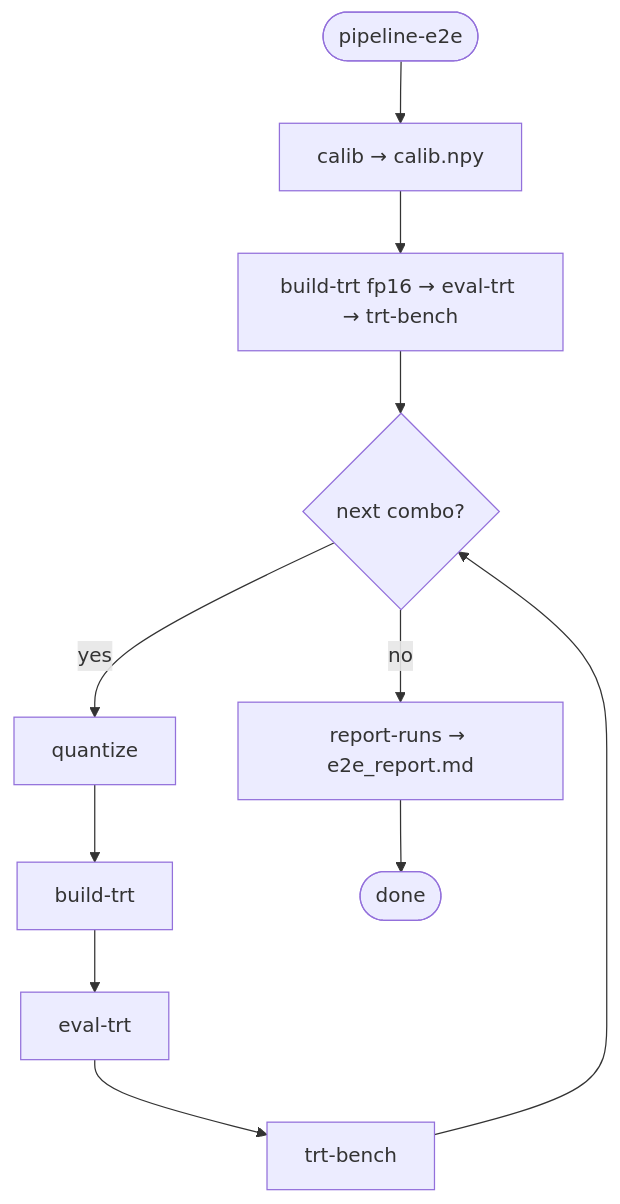
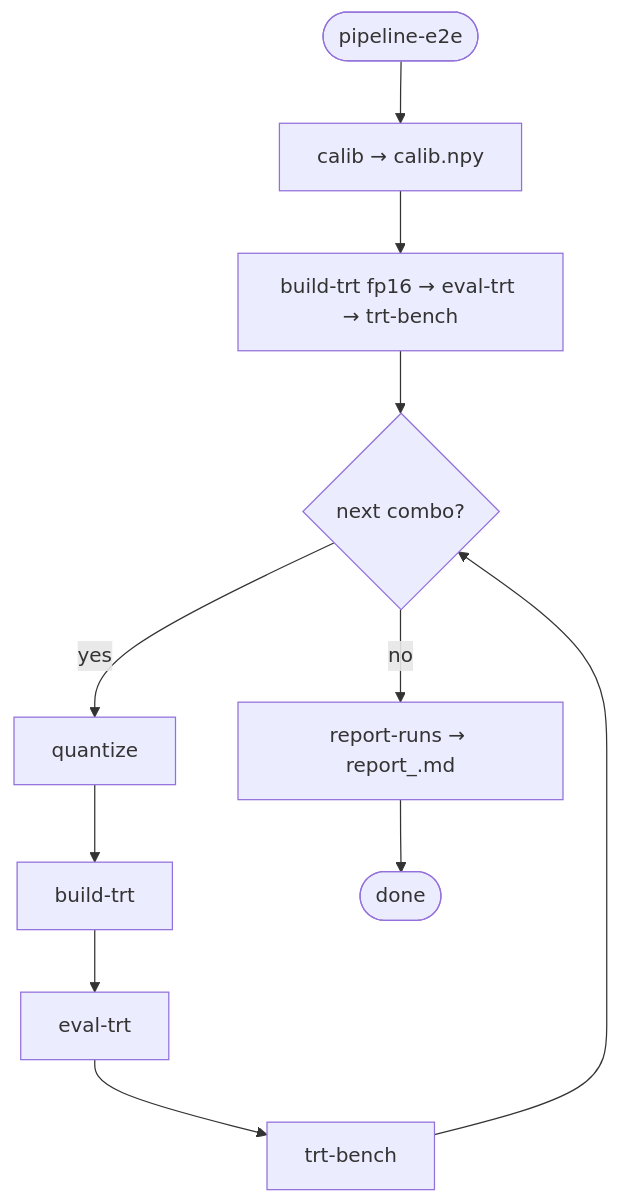
The first of 4 diagrams in docs/workflow.md (levipereira/Model-Optimizer-ONNX), drawn with Mermaid before and after one commit. The commit also changed other lines of this file and 33 other files, not shown here.

````diff
--- a/docs/workflow.md
+++ b/docs/workflow.md
@@ -11,13 +11,13 @@
 ```mermaid
 flowchart TD
   START([pipeline-e2e]) --> CAL[calib → calib.npy]
   CAL --> FP16[build-trt fp16 → eval-trt → trt-bench]
   FP16 --> LOOP{next combo?}
   LOOP -->|yes| Q[quantize]
   Q --> B[build-trt]
   B --> E[eval-trt]
   E --> T[trt-bench]
   T --> LOOP
-  LOOP -->|no| REP[report-runs → e2e_report.md]
+  LOOP -->|no| REP[report-runs → report_<id>.md]
   REP --> END([done])
 ```
````
